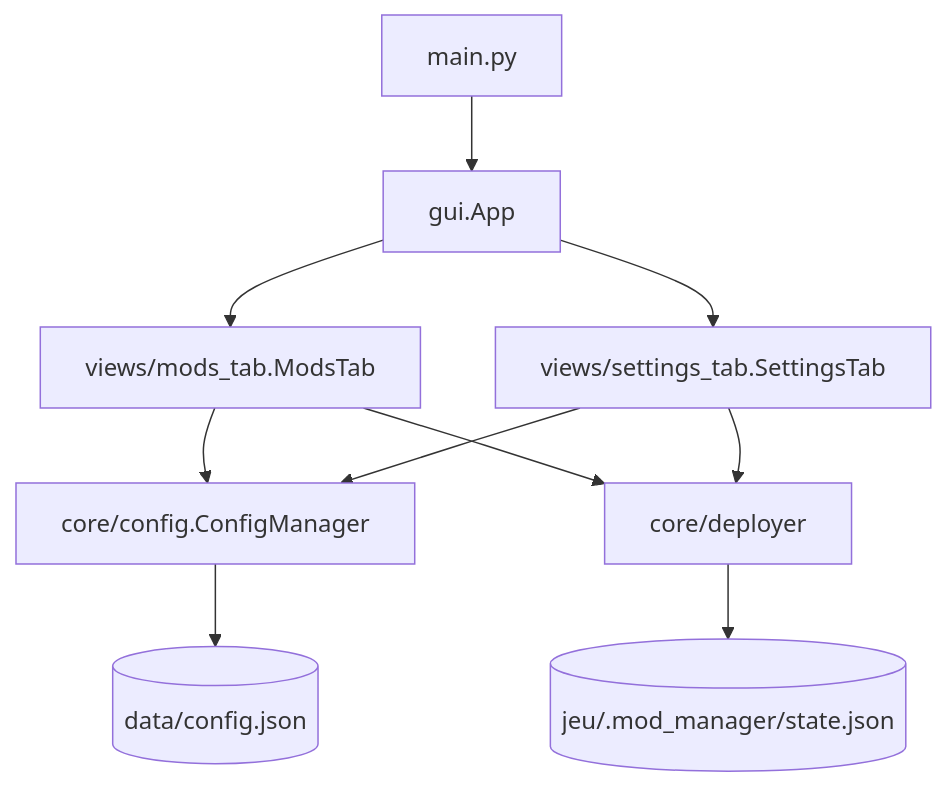
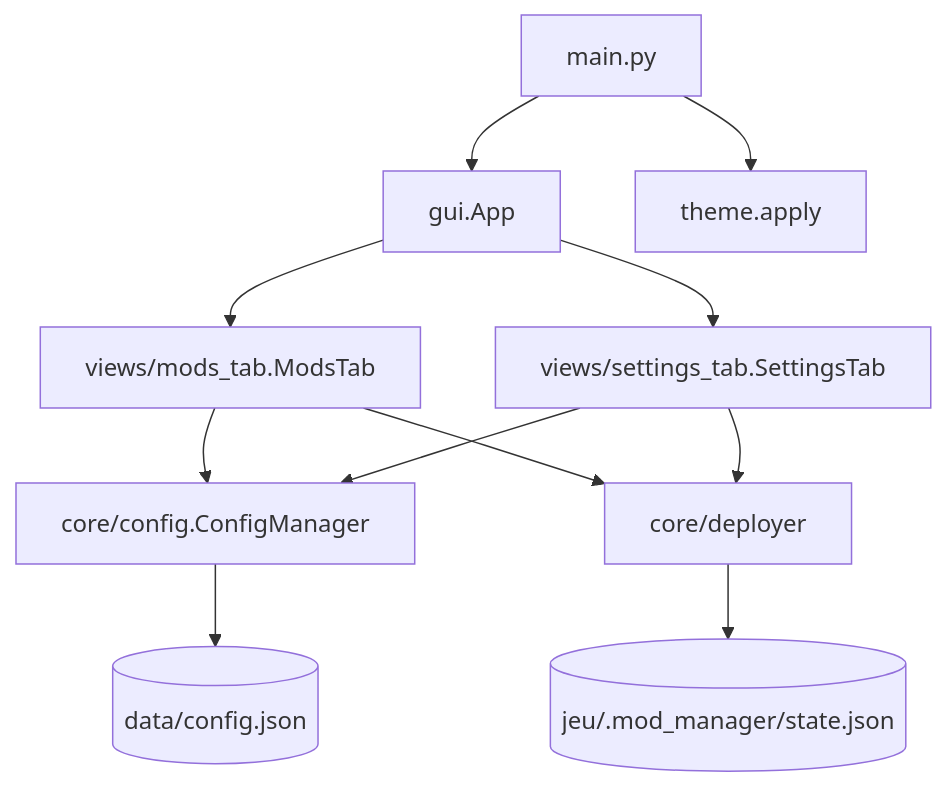
The first of 2 diagrams in docs/ARCHITECTURE.md (devcfk/ModInjector), drawn with Mermaid before and after one commit. The commit also changed other lines of this file and 11 other files, not shown here.

````diff
--- a/docs/ARCHITECTURE.md
+++ b/docs/ARCHITECTURE.md
@@ -46,12 +50,13 @@
 ```mermaid
 flowchart TD
     main[main.py] --> App[gui.App]
     App --> ModsTab[views/mods_tab.ModsTab]
     App --> SettingsTab[views/settings_tab.SettingsTab]
     ModsTab --> Config[core/config.ConfigManager]
     SettingsTab --> Config
     ModsTab --> Deployer[core/deployer]
     SettingsTab --> Deployer
+    main --> Theme[theme.apply]
     Config --> ConfigJson[(data/config.json)]
     Deployer --> State[(jeu/.mod_manager/state.json)]
 ```
````
